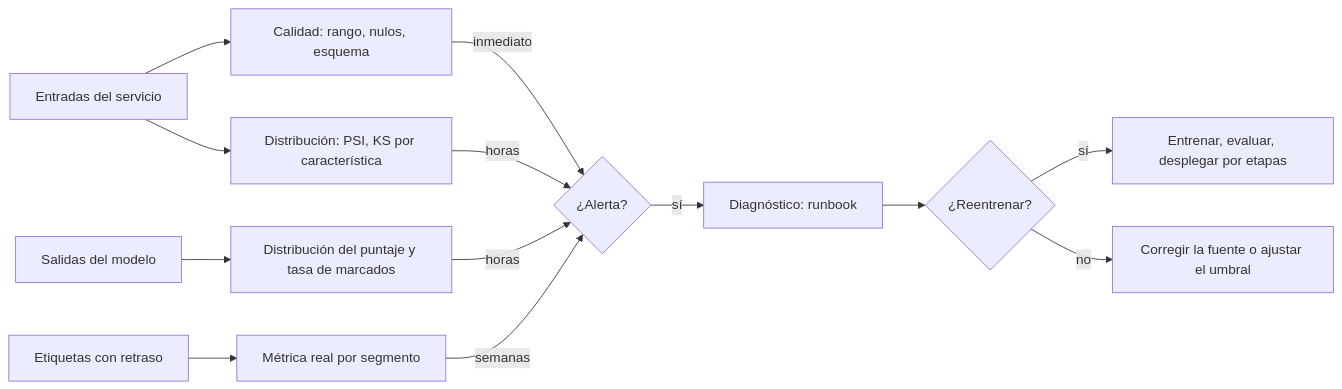
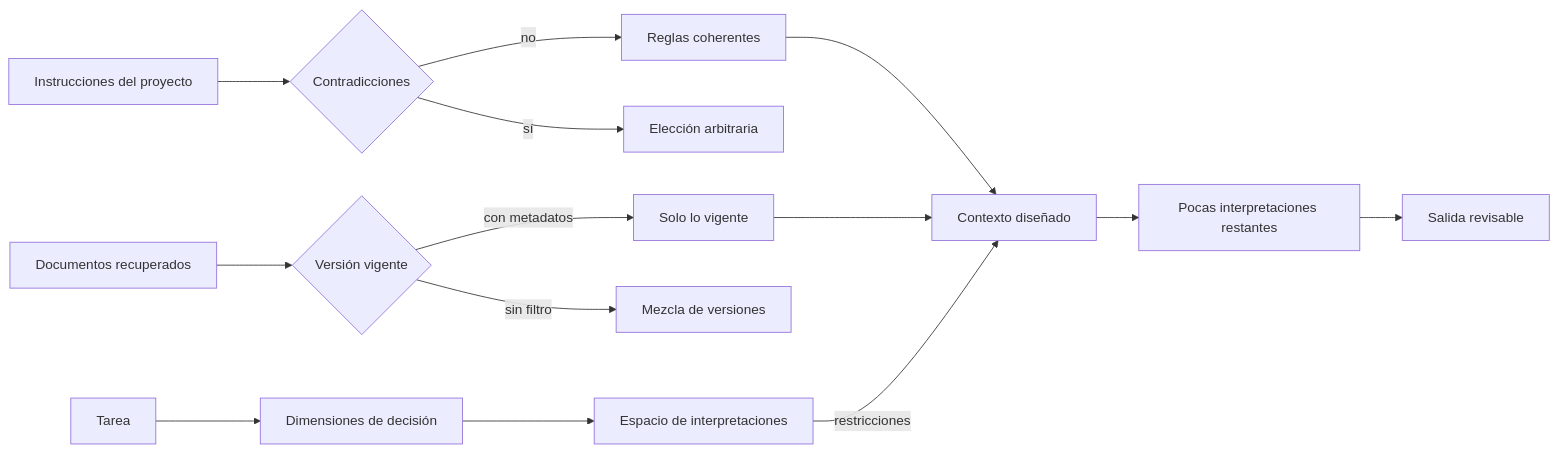
Before and after one commit to vladimiracunadev-create/modern-software-engineering-program: the diagram in content/part-46/SE-560.md, drawn with Mermaid. The commit also changed other lines of this file and 5193 other files, not shown here.

````diff
--- a/content/part-46/SE-560.md
+++ b/content/part-46/SE-560.md
@@ -59,15 +56,16 @@
 ```mermaid
 flowchart LR
-    A[Entradas del servicio] --> B[Calidad: rango, nulos, esquema]
-    A --> C[Distribución: PSI, KS por característica]
-    D[Salidas del modelo] --> E[Distribución del puntaje y tasa de marcados]
-    F[Etiquetas con retraso] --> G[Métrica real por segmento]
-    B -->|inmediato| H{¿Alerta?}
-    C -->|horas| H
-    E -->|horas| H
-    G -->|semanas| H
-    H -->|sí| I[Diagnóstico: runbook]
-    I --> J{¿Reentrenar?}
-    J -->|sí| K[Entrenar, evaluar, desplegar por etapas]
-    J -->|no| L[Corregir la fuente o ajustar el umbral]
+    A[Tarea] --> B[Dimensiones de decisión]
+    B --> C[Espacio de interpretaciones]
+    D[Instrucciones del proyecto] --> E{Contradicciones}
+    E -->|sí| F[Elección arbitraria]
+    E -->|no| G[Reglas coherentes]
+    H[Documentos recuperados] --> I{Versión vigente}
+    I -->|sin filtro| J[Mezcla de versiones]
+    I -->|con metadatos| K[Solo lo vigente]
+    G --> L[Contexto diseñado]
+    K --> L
+    C -->|restricciones| L
+    L --> M[Pocas interpretaciones restantes]
+    M --> N[Salida revisable]
 ```
````
